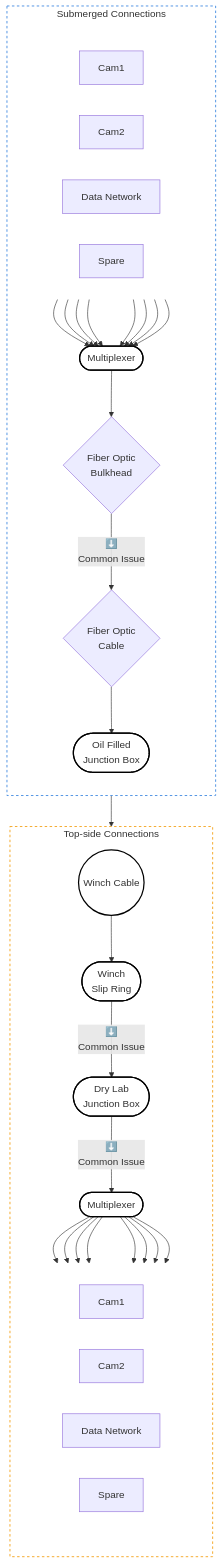
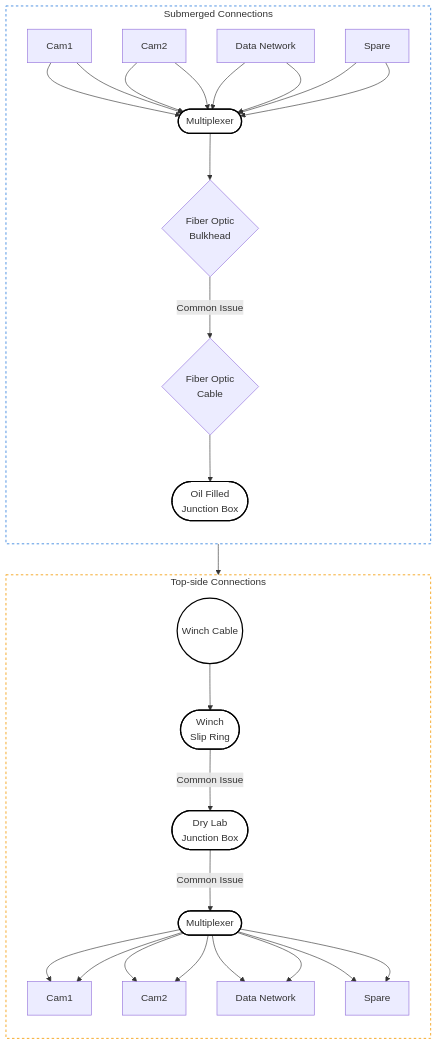
Before and after one commit to ncalabrese1/HabCam_SOP: the diagram in Maitenance/06-troubleshooting.qmd, drawn with Mermaid.

Commit message:
Refactor troubleshooting diagram for clarity

````diff
--- a/Maitenance/06-troubleshooting.qmd
+++ b/Maitenance/06-troubleshooting.qmd
@@ -13,67 +13,69 @@
 ```{mermaid}
 graph TD
     subgraph Submerged["Submerged Connections"]
         direction TD
         
-        subgraph Sub_Inputs[" "]
-            direction LR
-            Cam1_Sub["Cam1"]
-            Cam2_Sub["Cam2"]
-            Data_Sub["Data Network"]
-            Spare_Sub["Spare"]
-        end
+        Cam1_Sub["Cam1"]
+        Cam2_Sub["Cam2"]
+        Data_Sub["Data Network"]
+        Spare_Sub["Spare"]
 
         Mux_Sub(["Multiplexer"])
 
         Cam1_Sub --> Mux_Sub
         Cam1_Sub --> Mux_Sub
         Cam2_Sub --> Mux_Sub
         Cam2_Sub --> Mux_Sub
         Data_Sub --> Mux_Sub
         Data_Sub --> Mux_Sub
         Spare_Sub --> Mux_Sub
         Spare_Sub --> Mux_Sub
 
-        Mux_Sub --> Bulkhead{"Fiber Optic<br/>Bulkhead"}
-        Bulkhead -->|⬇️<br/>Common Issue| FOCable{"Fiber Optic<br/>Cable"}
-        FOCable --> OFJBox(["Oil Filled<br/>Junction Box"])
+        Bulkhead{"Fiber Optic<br/>Bulkhead"}
+        FOCable{"Fiber Optic<br/>Cable"}
+        OFJBox(["Oil Filled<br/>Junction Box"])
+
+        Mux_Sub --> Bulkhead
+        Bulkhead -->|"Common Issue"| FOCable
+        FOCable --> OFJBox
     end
 
-    OFJBox --> WinchCable(("Winch Cable"))
+    WinchCable(("Winch Cable"))
+    OFJBox --> WinchCable
 
     subgraph TopSide["Top-side Connections"]
         direction TD
-        WinchCable --> SlipRing(["Winch<br/>Slip Ring"])
-        SlipRing -->|⬇️<br/>Common Issue| DryLabJBox(["Dry Lab<br/>Junction Box"])
-        DryLabJBox -->|⬇️<br/>Common Issue| Mux_Top(["Multiplexer"])
         
+        SlipRing(["Winch<br/>Slip Ring"])
+        DryLabJBox(["Dry Lab<br/>Junction Box"])
+        Mux_Top(["Multiplexer"])
+
+        WinchCable --> SlipRing
+        SlipRing -->|"Common Issue"| DryLabJBox
+        DryLabJBox -->|"Common Issue"| Mux_Top
+
+        Cam1_Top["Cam1"]
+        Cam2_Top["Cam2"]
+        Data_Top["Data Network"]
+        Spare_Top["Spare"]
+
         Mux_Top --> Cam1_Top
         Mux_Top --> Cam1_Top
         Mux_Top --> Cam2_Top
         Mux_Top --> Cam2_Top
         Mux_Top --> Data_Top
         Mux_Top --> Data_Top
         Mux_Top --> Spare_Top
         Mux_Top --> Spare_Top
-
-        subgraph Top_Outputs[" "]
-            direction LR
-            Cam1_Top["Cam1"]
-            Cam2_Top["Cam2"]
-            Data_Top["Data Network"]
-            Spare_Top["Spare"]
-        end
     end
 
     %% Diagram Styling
     style Submerged fill:#ffffff,stroke:#4a90e2,stroke-width:1.5px,stroke-dasharray: 4 4
     style TopSide fill:#ffffff,stroke:#f5a623,stroke-width:1.5px,stroke-dasharray: 4 4
-    style Sub_Inputs fill:none,stroke:none
-    style Top_Outputs fill:none,stroke:none
     style Mux_Sub fill:#ffffff,stroke:#000000,stroke-width:2px
     style Mux_Top fill:#ffffff,stroke:#000000,stroke-width:2px
     style OFJBox fill:#ffffff,stroke:#000000,stroke-width:2px
     style SlipRing fill:#ffffff,stroke:#000000,stroke-width:2px
     style DryLabJBox fill:#ffffff,stroke:#000000,stroke-width:2px
     style WinchCable fill:#ffffff,stroke:#000000,stroke-width:2px
 ```
````
